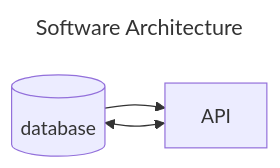
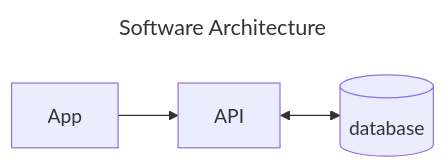
One commit to michael-chung-mc/practice__react__jest changed the third of 3 diagrams in README.md. Above: the diagram before and after it, drawn with Mermaid. The commit also changed other lines of this file, not shown here.

Commit message:
SET README diagrams

````diff
--- a/README.md
+++ b/README.md
@@ -68,8 +69,8 @@
 ```mermaid
 ---
 title: Software Architecture
 ---
 flowchart LR
-    A[App] --> B[API] <--> A[(database)]
+    A[App] --> B[API] <--> C[(database)]
 
 ```
````
